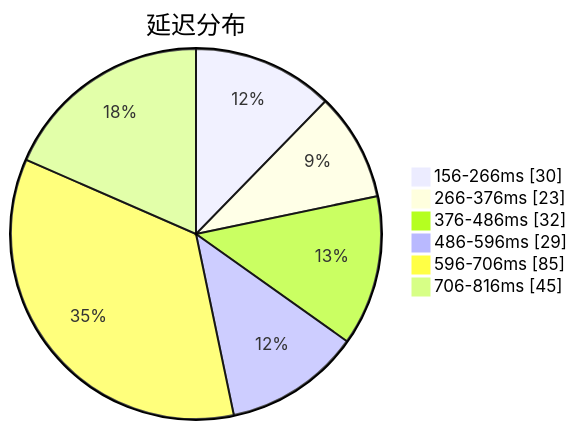
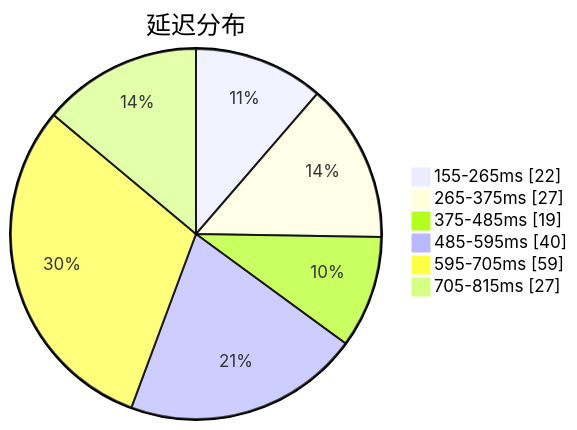
The first of 3 diagrams in subs/statistics/tested_within.md (qjlxg/airport), drawn with Mermaid before and after one commit. The commit also changed other lines of this file and 2 other files, not shown here.

Commit message:
Tested by metaST

````diff
--- a/subs/statistics/tested_within.md
+++ b/subs/statistics/tested_within.md
@@ -2,10 +2,10 @@
 ```mermaid
 pie showData
 title 延迟分布
-"156-266ms" : 30
-"266-376ms" : 23
-"376-486ms" : 32
-"486-596ms" : 29
-"596-706ms" : 85
-"706-816ms" : 45
+"155-265ms" : 22
+"265-375ms" : 27
+"375-485ms" : 19
+"485-595ms" : 40
+"595-705ms" : 59
+"705-815ms" : 27
 ```
````
